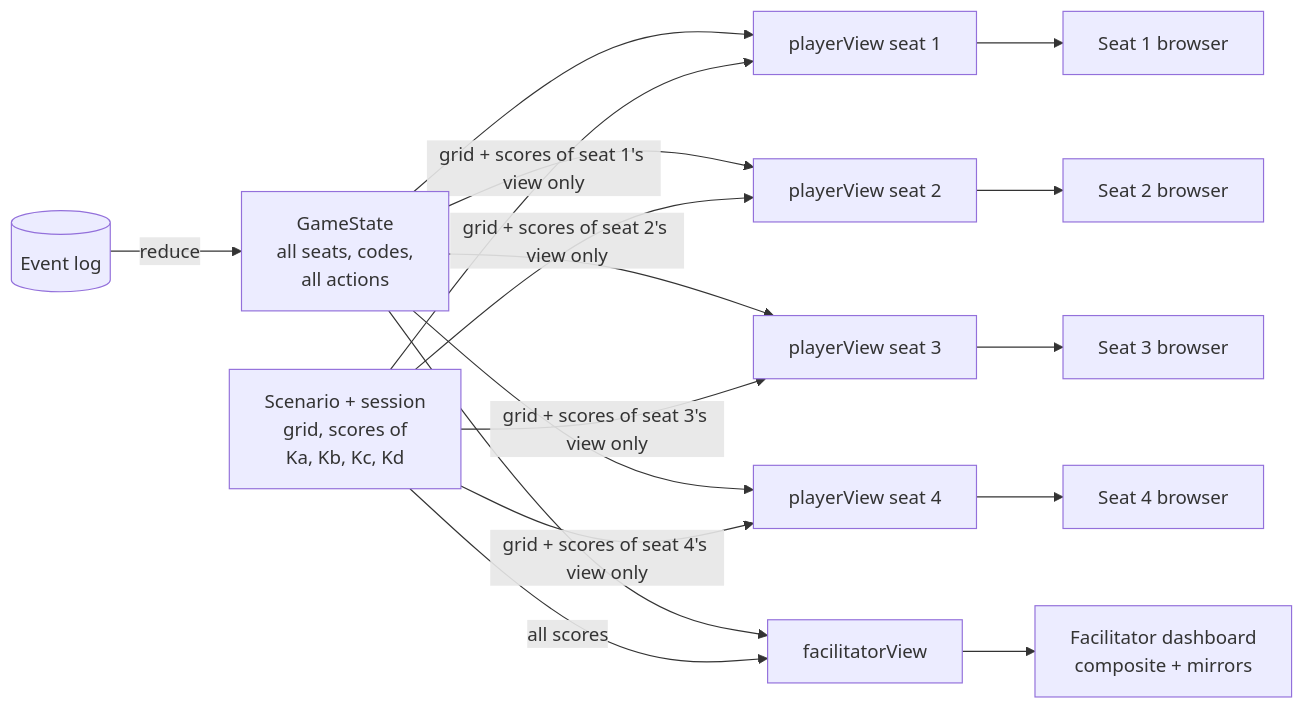
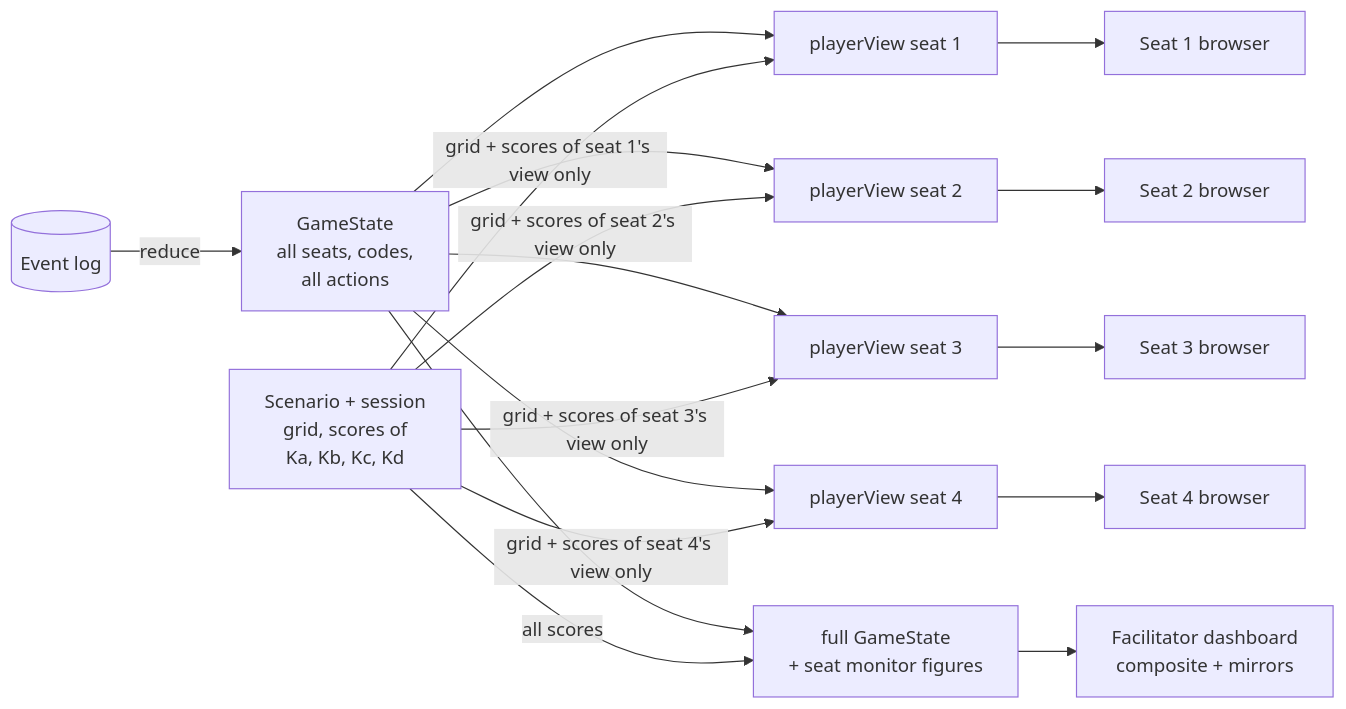
One commit to xy-zak/WhoKnowsWhoActs changed the sixth of 9 diagrams in docs/ARCHITECTURE.md. Above: the diagram before and after it, drawn with Mermaid. The commit also changed other lines of this file and 7 other files, not shown here.

First line of the commit message:
Session: SessionManager owns a session's live state; seat monitor

````diff
--- a/docs/ARCHITECTURE.md
+++ b/docs/ARCHITECTURE.md
@@ -333,20 +334,20 @@
 ```mermaid
 flowchart LR
   LOG[("Event log")] -->|reduce| GS["GameState<br/>all seats, codes,<br/>all actions"]
   SC["Scenario + session<br/>grid, scores of<br/>Ka, Kb, Kc, Kd"]
   GS --> V1["playerView seat 1"]
   GS --> V2["playerView seat 2"]
   GS --> V3["playerView seat 3"]
   GS --> V4["playerView seat 4"]
-  GS --> FV["facilitatorView"]
+  GS --> FV["full GameState<br/>+ seat monitor figures"]
   SC -->|grid + scores of seat 1's view only| V1
   SC -->|grid + scores of seat 2's view only| V2
   SC -->|grid + scores of seat 3's view only| V3
   SC -->|grid + scores of seat 4's view only| V4
   SC -->|all scores| FV
   V1 --> B1["Seat 1 browser"]
   V2 --> B2["Seat 2 browser"]
   V3 --> B3["Seat 3 browser"]
   V4 --> B4["Seat 4 browser"]
   FV --> FD["Facilitator dashboard<br/>composite + mirrors"]
 ```
````
